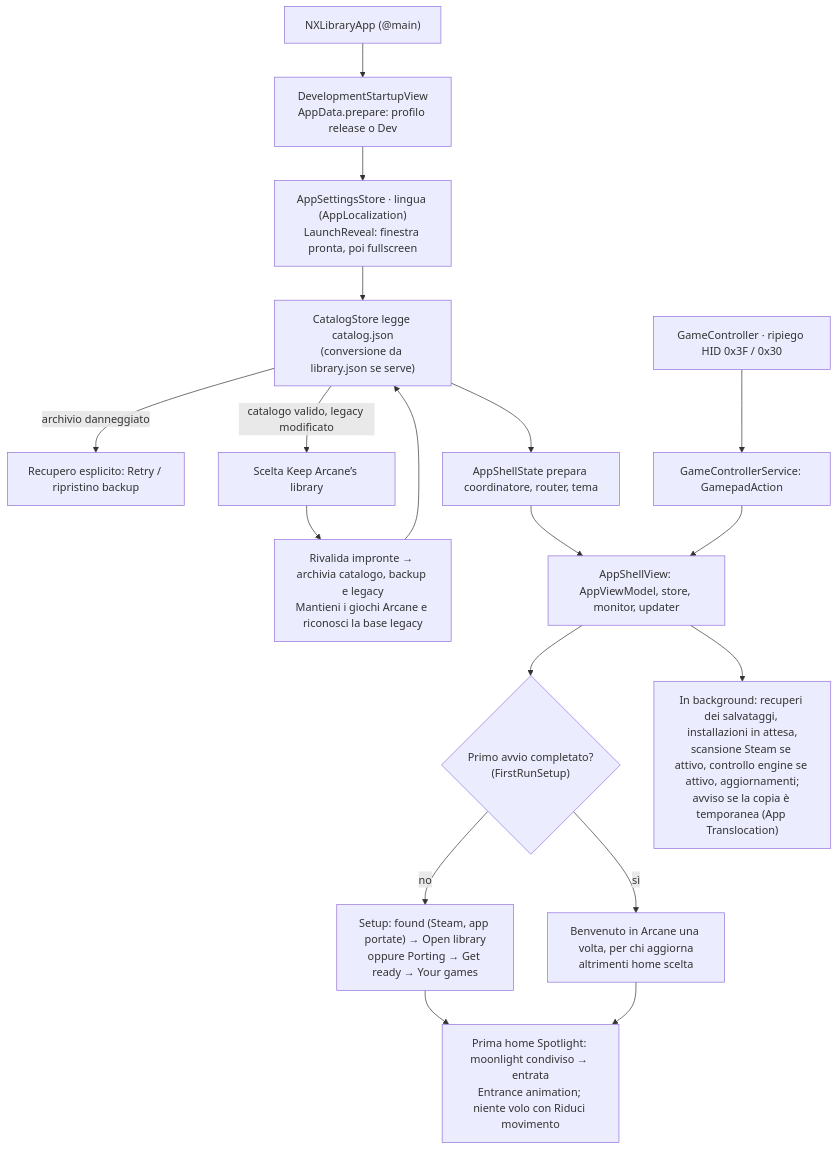
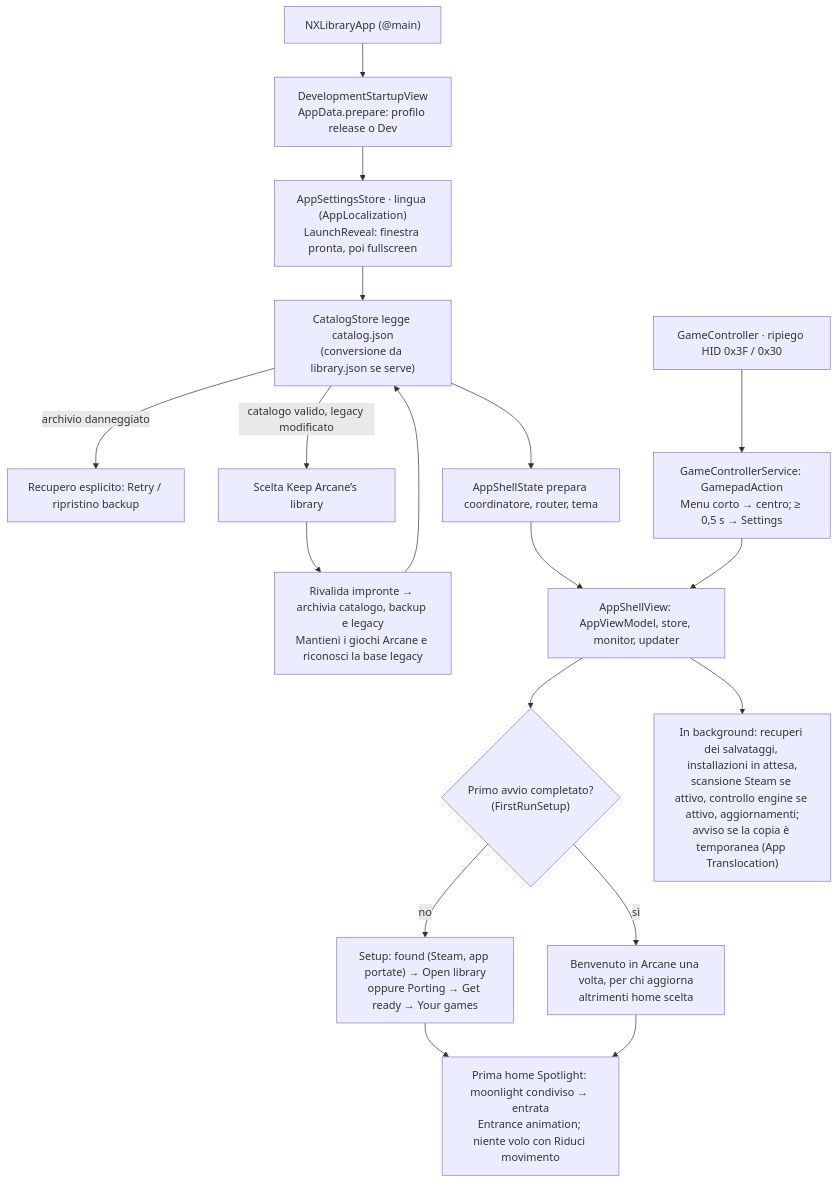
The first of 9 diagrams in docs/how-it-works/flows.md (sofianbll/NxLibrary), drawn with Mermaid before and after one commit. The commit also changed 41 other files, not shown here.

````diff
--- a/docs/how-it-works/flows.md
+++ b/docs/how-it-works/flows.md
@@ -17,20 +17,20 @@
 ```mermaid
 flowchart TD
     A["NXLibraryApp (@main)"] --> B["DevelopmentStartupView<br/>AppData.prepare: profilo release o Dev"]
     B --> C["AppSettingsStore · lingua (AppLocalization)<br/>LaunchReveal: finestra pronta, poi fullscreen"]
     C --> D["CatalogStore legge catalog.json<br/>(conversione da library.json se serve)"]
     D -->|"archivio danneggiato"| R["Recupero esplicito: Retry / ripristino backup"]
     D -->|"catalogo valido, legacy modificato"| L["Scelta Keep Arcane’s library"]
     L --> LA["Rivalida impronte → archivia catalogo, backup e legacy<br/>Mantieni i giochi Arcane e riconosci la base legacy"]
     LA --> D
     D --> E["AppShellState prepara coordinatore, router, tema"]
     E --> F["AppShellView: AppViewModel, store, monitor, updater"]
     F --> G{"Primo avvio completato?<br/>(FirstRunSetup)"}
     G -->|"no"| H["Setup: found (Steam, app portate) → Open library<br/>oppure Porting → Get ready → Your games"]
     G -->|"sì"| I["Benvenuto in Arcane una volta, per chi aggiorna<br/>altrimenti home scelta"]
     H --> K["Prima home Spotlight: moonlight condiviso → entrata<br/>Entrance animation; niente volo con Riduci movimento"]
     I --> K
     F --> J["In background: recuperi dei salvataggi, installazioni in attesa,<br/>scansione Steam se attivo, controllo engine se attivo, aggiornamenti;<br/>avviso se la copia è temporanea (App Translocation)"]
-    P["GameController · ripiego HID 0x3F / 0x30"] --> Q["GameControllerService: GamepadAction"]
+    P["GameController · ripiego HID 0x3F / 0x30"] --> Q["GameControllerService: GamepadAction<br/>Menu corto → centro; ≥ 0,5 s → Settings"]
     Q --> F
 ```
````
